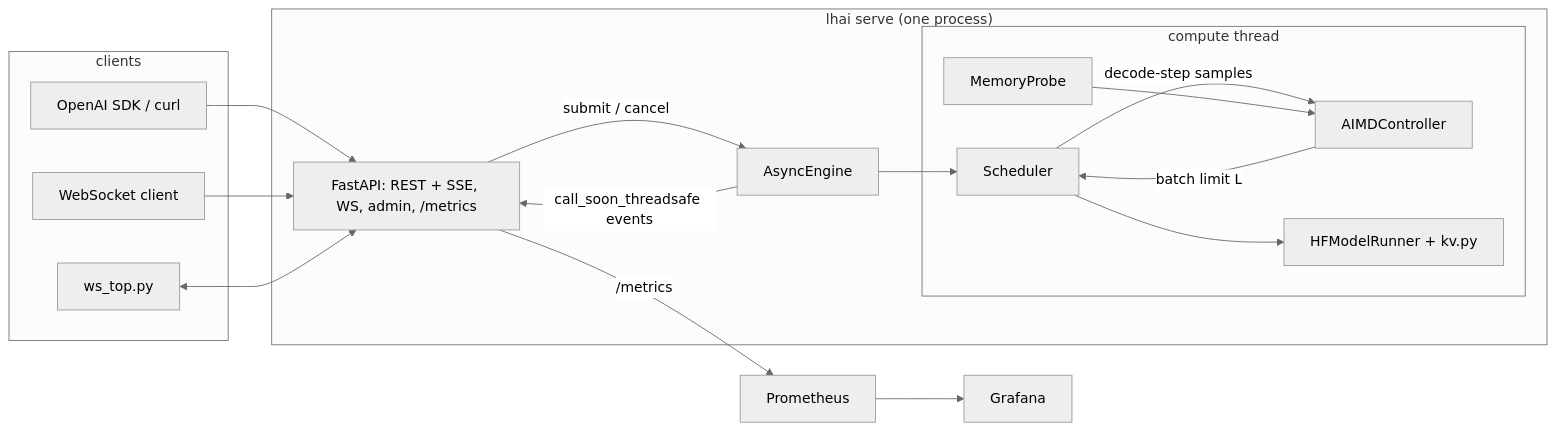
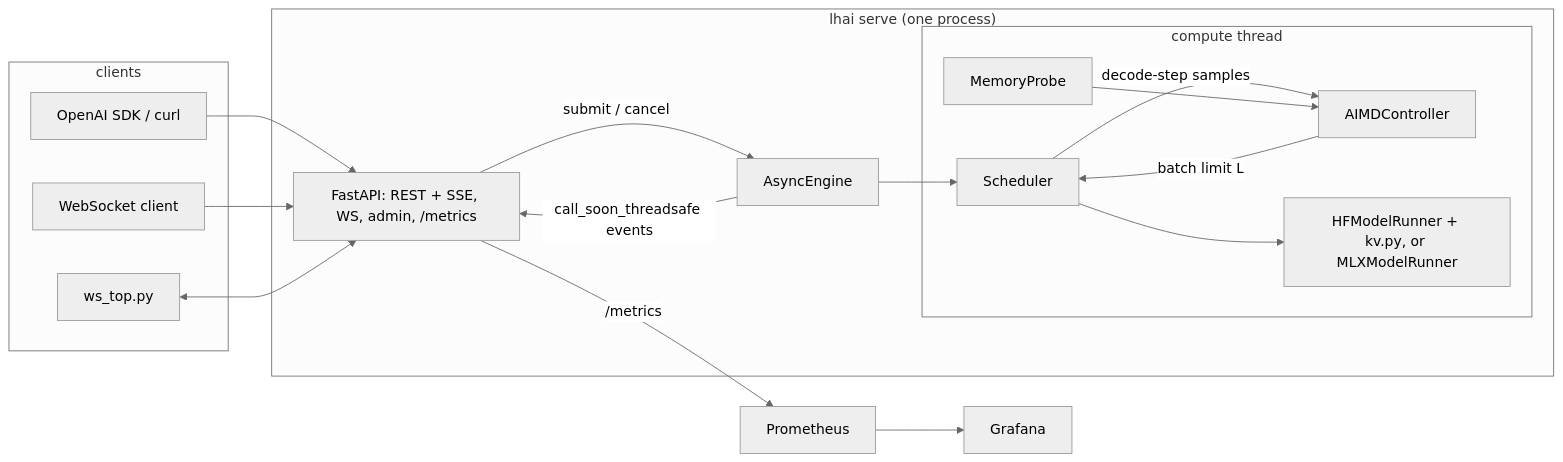
One commit to krishmdev/localhost-ai changed the diagram in docs/architecture.md. Above: the diagram before and after it, drawn with Mermaid (neutral theme). The commit also changed other lines of this file, not shown here.

Commit message:
docs: mlx backend section and probe row in architecture.md

````diff
--- a/docs/architecture.md
+++ b/docs/architecture.md
@@ -3,29 +3,29 @@
 ```mermaid
 flowchart LR
   subgraph clients
     sdk[OpenAI SDK / curl]
     wsg[WebSocket client]
     top[ws_top.py]
   end
   subgraph server["lhai serve (one process)"]
     api[FastAPI: REST + SSE, WS, admin, /metrics]
     eng[AsyncEngine]
     subgraph compute["compute thread"]
       sch[Scheduler]
       ctl[AIMDController]
       probe[MemoryProbe]
-      run[HFModelRunner + kv.py]
+      run[HFModelRunner + kv.py, or MLXModelRunner]
     end
   end
   sdk --> api
   wsg --> api
   top <--> api
   api -- submit / cancel --> eng
   eng -- call_soon_threadsafe events --> api
   eng --> sch
   sch -- decode-step samples --> ctl
   probe --> ctl
   ctl -- batch limit L --> sch
   sch --> run
   api -- /metrics --> prom[Prometheus] --> graf[Grafana]
 ```
````
